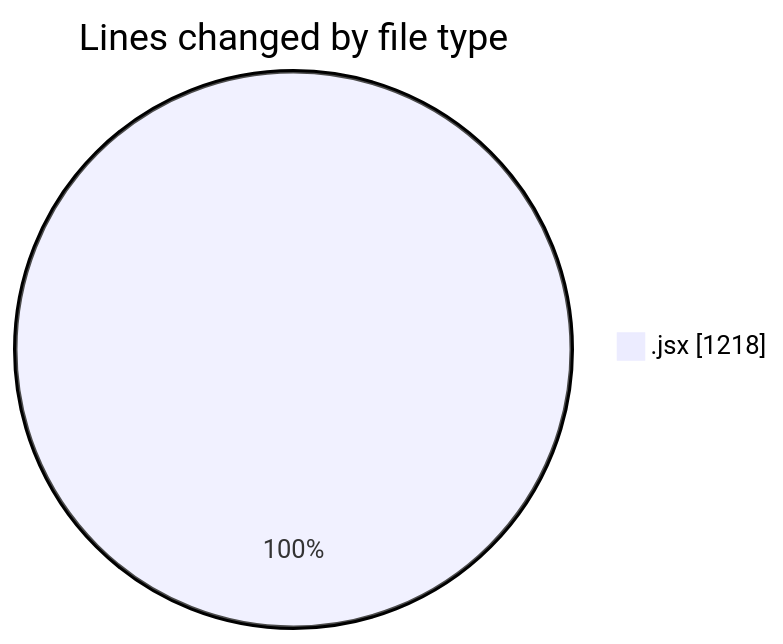
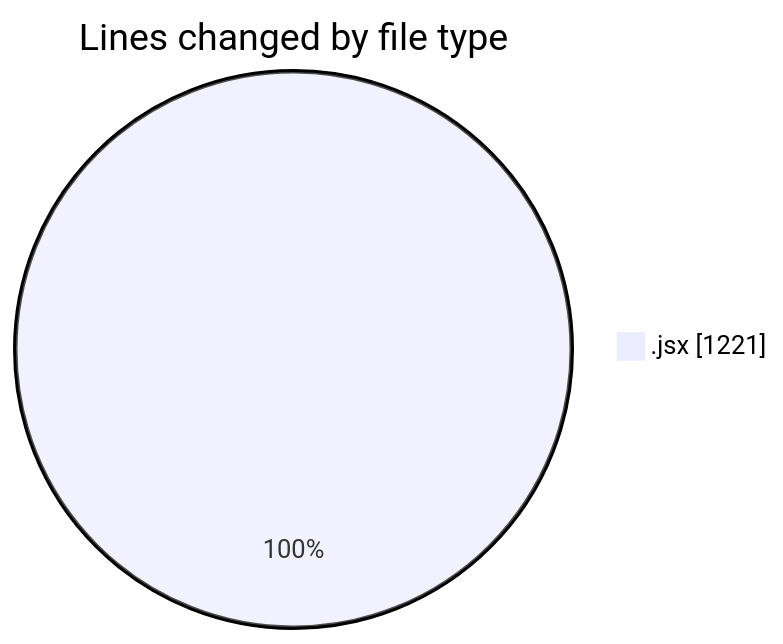
The first of 2 diagrams in 2025-11-19/nxtqube_webapp/README.md (nxtqubesakshisongat/code-tracking), drawn with Mermaid before and after one commit. The commit also changed other lines of this file and 1 other file, not shown here.

````diff
--- a/2025-11-19/nxtqube_webapp/README.md
+++ b/2025-11-19/nxtqube_webapp/README.md
@@ -20,5 +20,5 @@
 ```mermaid
 pie showData
 title Lines changed by file type
-".jsx" : 1218
+".jsx" : 1221
 ```
````
